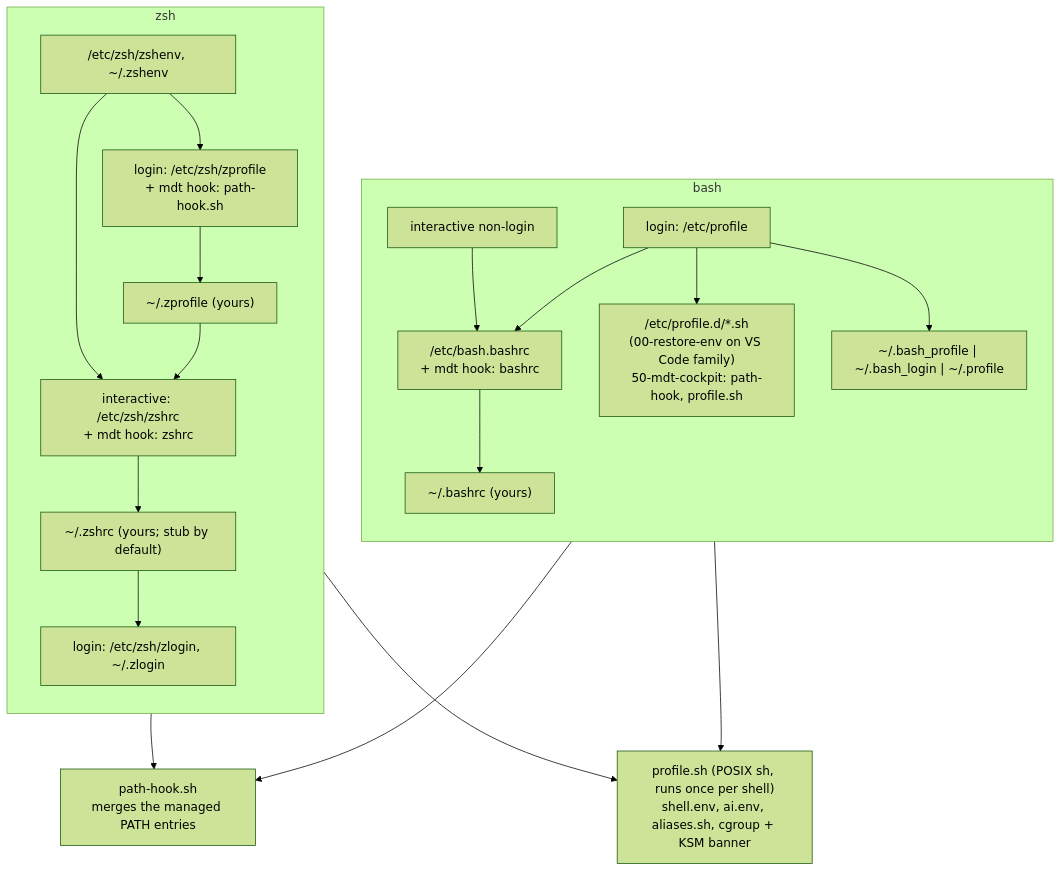
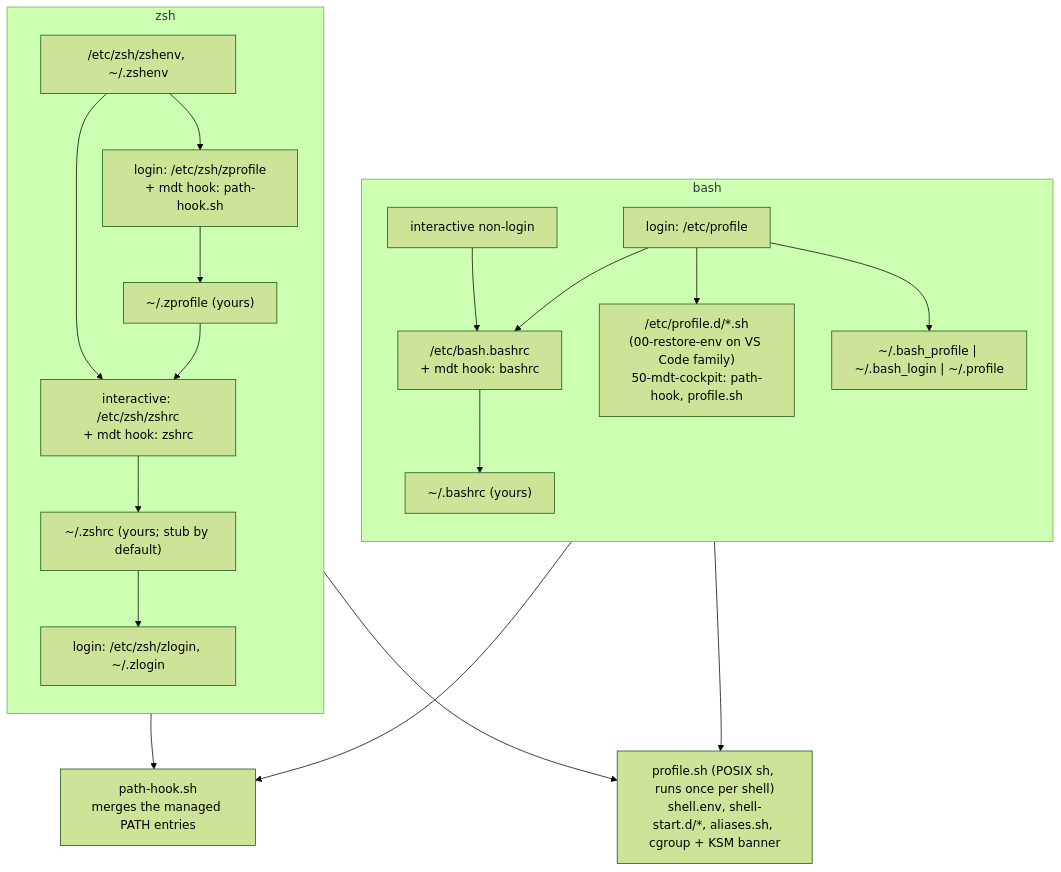
One commit to volkb79-2/vbpub changed the second of 2 diagrams in mdt-cockpit/docs/DEVCONTAINER-MECHANISMS.md. Above: the diagram before and after it, drawn with Mermaid (forest theme). The commit also changed other lines of this file and 14 other files, not shown here.

Commit message:
fix(mdt-cockpit): change to `.env.ai`, mechanism to source defined files on new shells `$MDT_USER_CONFIG/shell-start.d/`,  deepseek config guide

````diff
--- a/mdt-cockpit/docs/DEVCONTAINER-MECHANISMS.md
+++ b/mdt-cockpit/docs/DEVCONTAINER-MECHANISMS.md
@@ -241,26 +241,26 @@
 ```mermaid
 flowchart TD
   subgraph BASH["bash"]
     direction TB
     BL["login: /etc/profile"] --> BBR
     BL --> PD["/etc/profile.d/*.sh<br/>(00-restore-env on VS Code family)<br/>50-mdt-cockpit: path-hook, profile.sh"]
     BL --> BP["~/.bash_profile | ~/.bash_login | ~/.profile"]
     BN["interactive non-login"] --> BBR["/etc/bash.bashrc<br/>+ mdt hook: bashrc"]
     BBR --> UBR["~/.bashrc (yours)"]
   end
   subgraph ZSH["zsh"]
     direction TB
     ZE["/etc/zsh/zshenv, ~/.zshenv"] --> ZLP["login: /etc/zsh/zprofile<br/>+ mdt hook: path-hook.sh"]
     ZLP --> UZP["~/.zprofile (yours)"]
     ZE --> ZR["interactive: /etc/zsh/zshrc<br/>+ mdt hook: zshrc"]
     UZP --> ZR
     ZR --> UZR["~/.zshrc (yours; stub by default)"]
     UZR --> ZLG["login: /etc/zsh/zlogin, ~/.zlogin"]
   end
-  SH["profile.sh (POSIX sh, runs once per shell)<br/>shell.env, ai.env, aliases.sh, cgroup + KSM banner"]
+  SH["profile.sh (POSIX sh, runs once per shell)<br/>shell.env, shell-start.d/*, aliases.sh, cgroup + KSM banner"]
   PH["path-hook.sh<br/>merges the managed PATH entries"]
   BBR --> SH
   PD --> PH
   ZLP --> PH
   ZR --> SH
 ```
````
